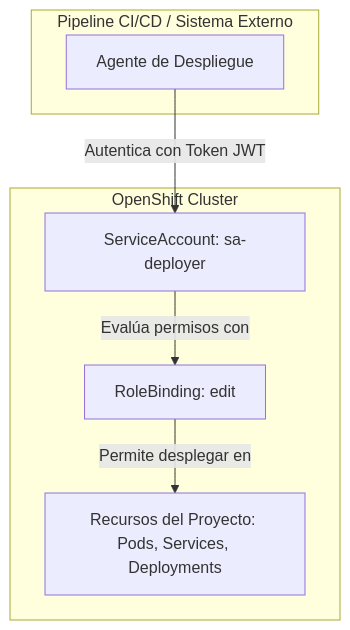
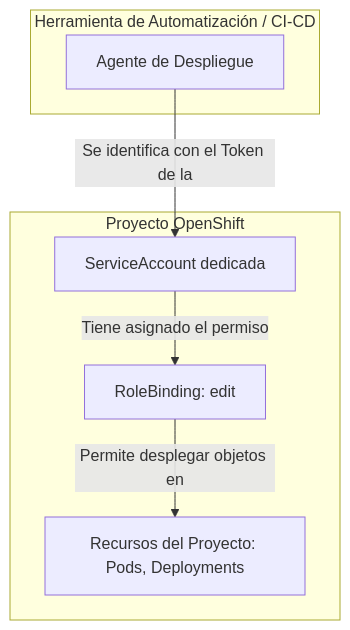
The fifth of 7 diagrams in docs/sesion4/4.1 Proyectos y permisos.md (ieftraining/curso-openshift), drawn with Mermaid before and after one commit. The commit also changed other lines of this file, not shown here.

````diff
--- a/docs/sesion4/4.1 Proyectos y permisos.md
+++ b/docs/sesion4/4.1 Proyectos y permisos.md
@@ -193,16 +152,16 @@
 ```mermaid
 flowchart TD
-    subgraph Pipeline CI/CD / Sistema Externo
+    subgraph Herramienta de Automatización / CI-CD
         A[Agente de Despliegue]
     end
 
-    subgraph OpenShift Cluster
-        B[ServiceAccount: sa-deployer]
+    subgraph Proyecto OpenShift
+        B[ServiceAccount dedicada]
         C[RoleBinding: edit]
-        D[Recursos del Proyecto: Pods, Services, Deployments]
+        D[Recursos del Proyecto: Pods, Deployments]
     end
 
-    A -->|Autentica con Token JWT| B
-    B -->|Evalúa permisos con| C
-    C -->|Permite desplegar en| D
+    A -->|Se identifica con el Token de la| B
+    B -->|Tiene asignado el permiso| C
+    C -->|Permite desplegar objetos en| D
 ```
````
